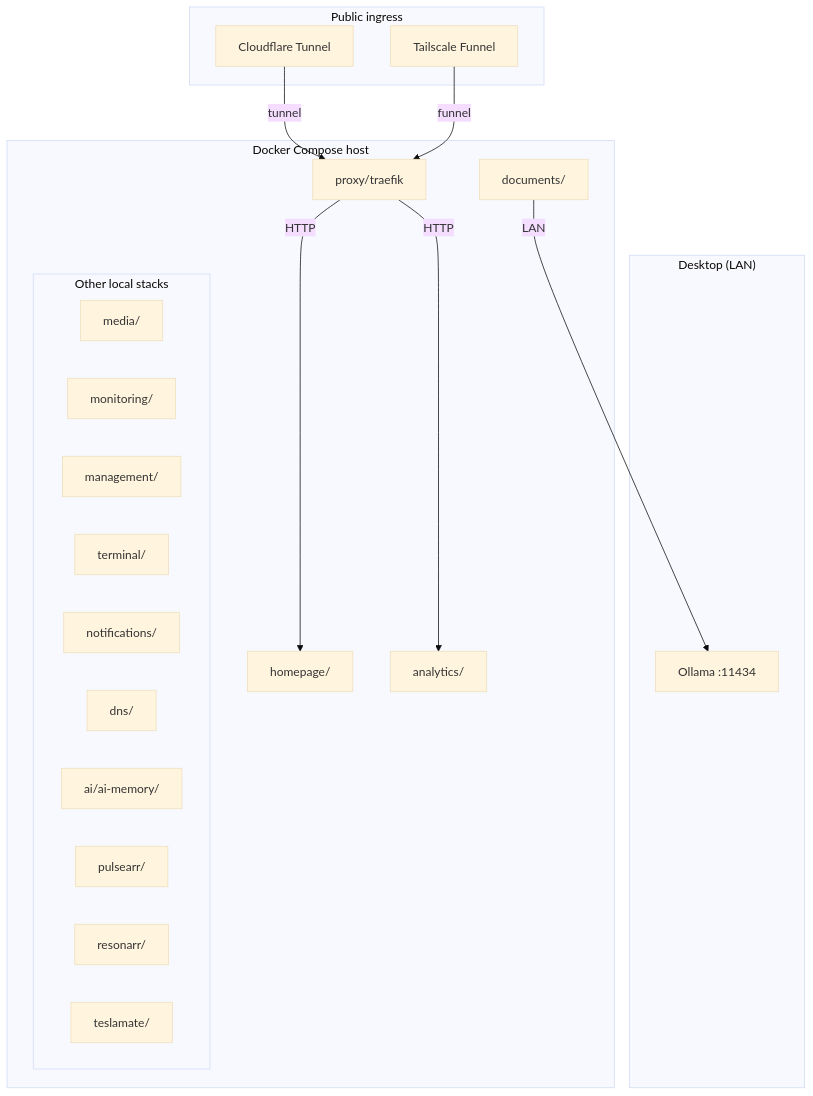
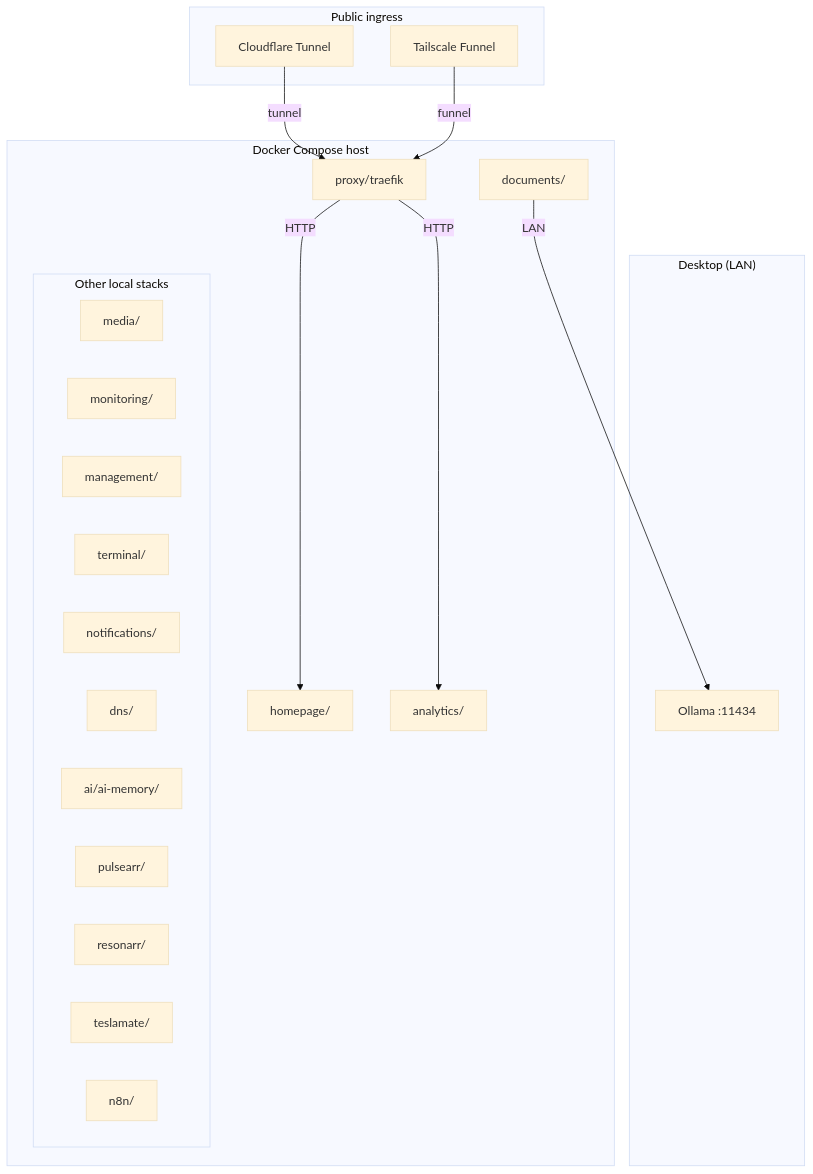
One commit to lexcode/homelab changed the diagram in README.md. Above: the diagram before and after it, drawn with Mermaid (base theme). The commit also changed other lines of this file and 13 other files, not shown here.

````diff
--- a/README.md
+++ b/README.md
@@ -5,38 +5,39 @@
 ```mermaid
 flowchart TB
     subgraph ingress["Public ingress"]
         cf["Cloudflare Tunnel"]
         ts["Tailscale Funnel"]
     end
 
     subgraph docker["Docker Compose host"]
         traefik["proxy/traefik"]
         homepage["homepage/"]
         analytics["analytics/"]
         documents["documents/"]
 
         subgraph local["Other local stacks"]
             direction LR
             media["media/"]
             monitoring["monitoring/"]
             management["management/"]
             terminal["terminal/"]
             notifications["notifications/"]
             dns["dns/"]
             aimemory["ai/ai-memory/"]
             pulsearr["pulsearr/"]
             resonarr["resonarr/"]
             teslamate["teslamate/"]
+            n8n["n8n/"]
         end
     end
 
     subgraph desktop["Desktop (LAN)"]
         ollama["Ollama :11434"]
     end
 
     cf -- tunnel --> traefik
     ts -- funnel --> traefik
     traefik -- HTTP --> homepage
     traefik -- HTTP --> analytics
     documents -- LAN --> ollama
 ```
````
